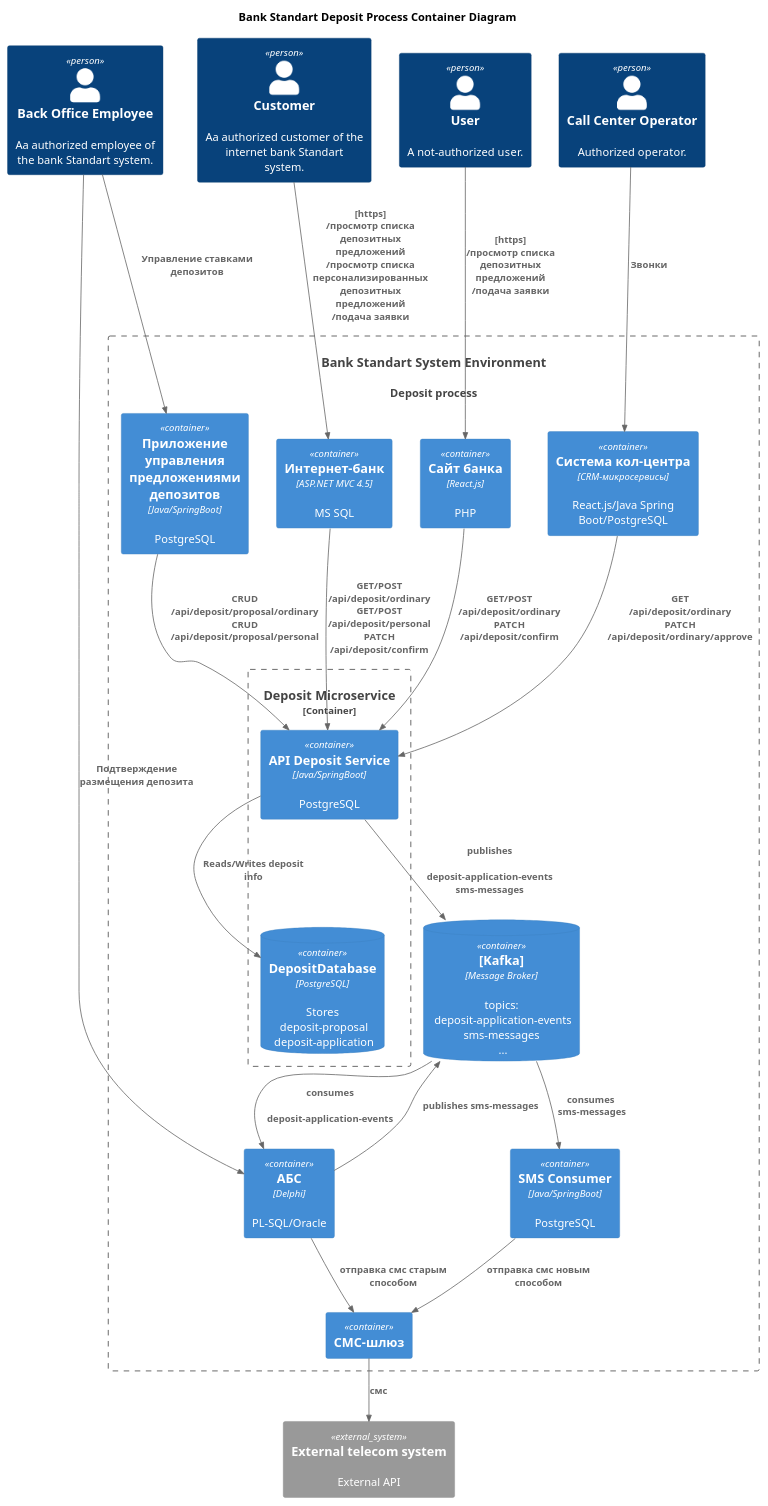
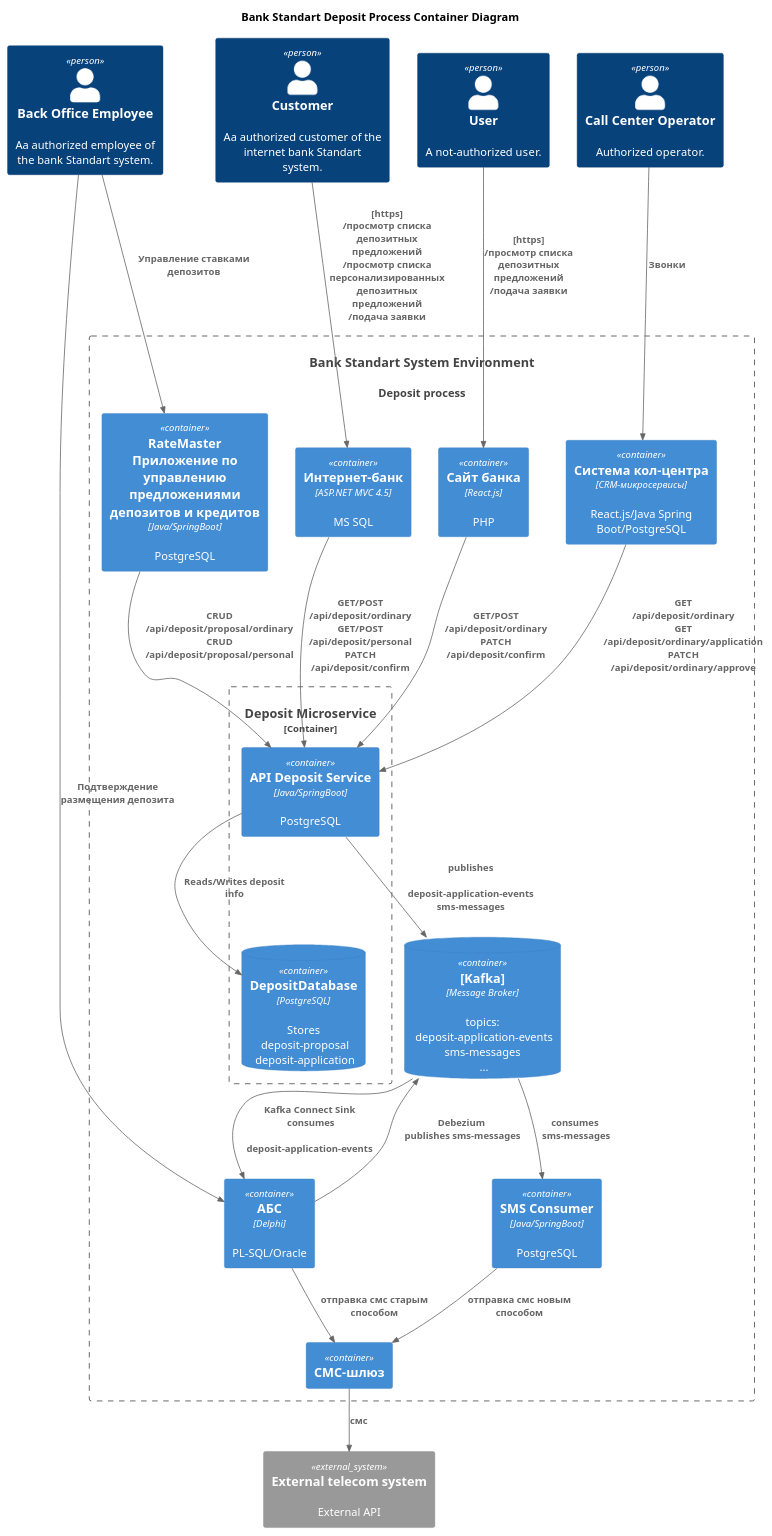
Before and after one commit to martynoveugene/architecture-pro-standart: the diagram in Task3/Container-DepositProcess.puml, drawn with PlantUML. The commit also changed 5 other files, not shown here.

```diff
--- a/Task3/Container-DepositProcess.puml
+++ b/Task3/Container-DepositProcess.puml
@@ -1,70 +1,70 @@
 @startuml
 title Bank Standart Deposit Process Container Diagram
 
 !includeurl https://raw.githubusercontent.com/RicardoNiepel/C4-PlantUML/master/C4_Component.puml
 
 Person(CallCenterOperator, "Call Center Operator", "Authorized operator.")
 Person(BackOfficeEmployee, "Back Office Employee", "Aa authorized employee of the bank Standart system.")
 Person(customer, "Customer", "Aa authorized customer of the internet bank Standart system.")
 'System(InternetBankStandartSystem, "InternetBank Environment", "Deposit process")
 System(BankStandartSystem, "Bank Standart System Environment", "Deposit process")
 
 Container_Boundary(BankStandartSystem, "Bank Standart System Environment") {
 'Container_Boundary(InternetBankStandartSystem, "InternetBank Environment") {
 
     Container(InternetBank, "Интернет-банк", "ASP.NET MVC 4.5", "MS SQL")
 
-    Container(DepositApp, "Приложение управления предложениями депозитов", "Java/SpringBoot", "PostgreSQL")
+    Container(RateMaster, "RateMaster\nПриложение по управлению предложениями депозитов и кредитов", "Java/SpringBoot", "PostgreSQL")
 
     Container_Boundary(DepositMicroservice, "Deposit Microservice") {
         Container(APIDepositService, "API Deposit Service", "Java/SpringBoot", "PostgreSQL")
         ContainerDb(DepositDatabase, "DepositDatabase", "PostgreSQL", "Stores\n deposit-proposal\n deposit-application")
     }
 '}
 
 'Container_Boundary(BankStandartSystem, "Bank Standart System Environment") {
 
     Container(BankSite, "Сайт банка", "React.js", "PHP")
 
     Container(ABS, "АБС", "Delphi", "PL-SQL/Oracle")
 
     ContainerDb(EventSystem, "[Kafka]", "Message Broker", "topics:\n deposit-application-events\nsms-messages\n ...")
 
     Container(SMSConsumer, "SMS Consumer", "Java/SpringBoot", "PostgreSQL")
     Container(SMSgate, "СМС-шлюз", "", "")
 
     Container(CallCenter, "Система кол-центра", "CRM-микросервисы", "React.js/Java Spring Boot/PostgreSQL")
 }
 
 Person(user, "User", "A not-authorized user.")
 
 System_Ext(ExtTelecomSystem, "External telecom system", "External API")
 
 Rel(CallCenterOperator, CallCenter, "Звонки")
 
 Rel(user, BankSite, "[https]\n/просмотр списка депозитных предложений\n/подача заявки")
 Rel(customer, InternetBank, "[https]\n/просмотр списка депозитных предложений\n/просмотр списка персонализированных депозитных предложений\n/подача заявки")
 
 Rel(InternetBank, APIDepositService,         "GET/POST /api/deposit/ordinary\nGET/POST /api/deposit/personal\nPATCH /api/deposit/confirm")
 Rel(BankSite, APIDepositService,         "GET/POST /api/deposit/ordinary\nPATCH /api/deposit/confirm")
-Rel(CallCenter, APIDepositService,         "GET /api/deposit/ordinary\nPATCH /api/deposit/ordinary/approve")
-Rel(BackOfficeEmployee, DepositApp,         "Управление ставками депозитов")
-Rel(DepositApp, APIDepositService,         "CRUD /api/deposit/proposal/ordinary\nCRUD /api/deposit/proposal/personal")
+Rel(CallCenter, APIDepositService,         "GET /api/deposit/ordinary\nGET /api/deposit/ordinary/application\nPATCH /api/deposit/ordinary/approve")
+Rel(BackOfficeEmployee, RateMaster,         "Управление ставками депозитов")
+Rel(RateMaster, APIDepositService,         "CRUD /api/deposit/proposal/ordinary\nCRUD /api/deposit/proposal/personal")
 
 Rel_D(APIDepositService,  DepositDatabase,  "Reads/Writes deposit info")
 Rel_D(APIDepositService,    EventSystem, "publishes\n deposit-application-events sms-messages")
-Rel_D(EventSystem, ABS, "consumes\n deposit-application-events")
+Rel_D(EventSystem, ABS, "Kafka Connect Sink\n consumes\n deposit-application-events")
 
 Rel(BackOfficeEmployee, ABS, "Подтверждение размещения депозита")
 
 Rel(EventSystem, SMSConsumer, "consumes\n sms-messages")
 Rel(SMSConsumer, SMSgate, "отправка смс новым способом")
-Rel(ABS, EventSystem, "publishes sms-messages")
+Rel(ABS, EventSystem, "Debezium\n publishes sms-messages")
 Rel(ABS, SMSgate, "отправка смс старым способом")
 Rel(SMSgate, ExtTelecomSystem, "смс")
 
 
 'MovieDatabase -[hidden]down-> ExtOnlineCinema
 'PaymentDatabase -[hidden]down-> ExtPaymentSystem
 
 @enduml
```
